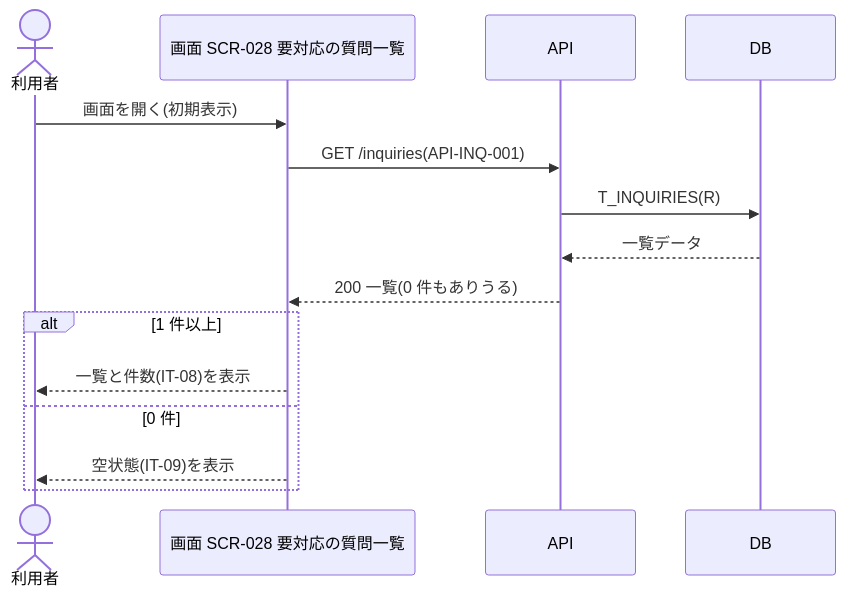
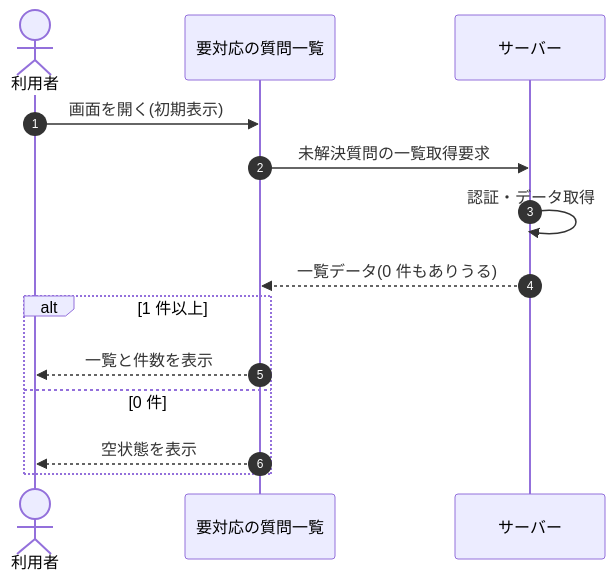
One commit to sikakou54/open-faq changed the diagram in 02_basic_design/05_sequences/SEQ-015.md. Above: the diagram before and after it, drawn with Mermaid. The commit also changed other lines of this file and 108 other files, not shown here.

First line of the commit message:
基本設計: シーケンス図を基本設計粒度(ユーザー/画面/サーバー)へ再編成

````diff
--- a/02_basic_design/05_sequences/SEQ-015.md
+++ b/02_basic_design/05_sequences/SEQ-015.md
@@ -25,17 +32,16 @@
 ```mermaid
 sequenceDiagram
+  autonumber
   actor U as 利用者
-  participant S as 画面 SCR-028 要対応の質問一覧
-  participant API as API
-  participant DB as DB
-  U->>S: 画面を開く(初期表示)
-  S->>API: GET /inquiries(API-INQ-001)
-  API->>DB: T_INQUIRIES(R)
-  DB-->>API: 一覧データ
-  API-->>S: 200 一覧(0 件もありうる)
+  participant Screen as 要対応の質問一覧
+  participant Server as サーバー
+  U->>Screen: 画面を開く(初期表示)
+  Screen->>Server: 未解決質問の一覧取得要求
+  Server->>Server: 認証・データ取得
+  Server-->>Screen: 一覧データ(0 件もありうる)
   alt 1 件以上
-    S-->>U: 一覧と件数(IT-08)を表示
+    Screen-->>U: 一覧と件数を表示
   else 0 件
-    S-->>U: 空状態(IT-09)を表示
+    Screen-->>U: 空状態を表示
   end
 ```
````
